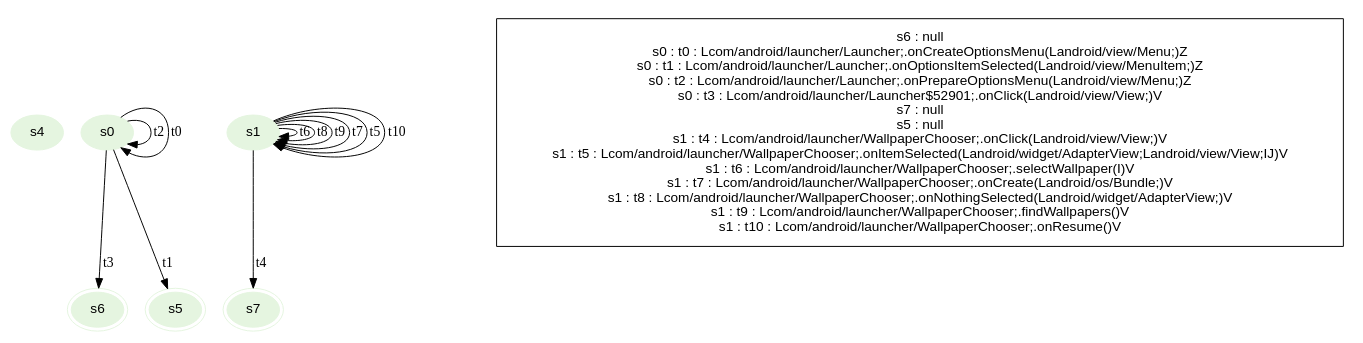
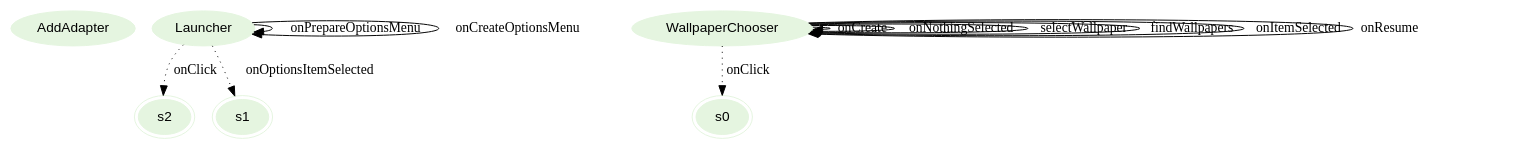
The diagram in graphviz/Launcher.gv (hans89/astparser), drawn with Graphviz before and after one commit. The commit also changed 35 other files, not shown here.

Commit message:
Working on binding events. Added current parse result of LTS in form of graphviz

```diff
--- a/graphviz/Launcher.gv
+++ b/graphviz/Launcher.gv
@@ -1,23 +1,21 @@
 digraph {
 fontname="Helvetica";
 node[style=filled, fontname="Helvetica", colorscheme=greens3, color=1];
-s4;
-s6[peripheries=2];
-s0;
-s7[peripheries=2];
-s5[peripheries=2];
-s1;
-s1 -> s1[label="t6"];
-s1 -> s1[label="t8"];
-s1 -> s7[label="t4"];
-s0 -> s0[label="t2"];
-s0 -> s6[label="t3"];
-s0 -> s0[label="t0"];
-s1 -> s1[label="t9"];
-s1 -> s1[label="t7"];
-s1 -> s1[label="t5"];
-s1 -> s1[label="t10"];
-s0 -> s5[label="t1"];
-subgraph cluster_key {
-ds[shape=plaintext, style=solid,label="s6 : null\ns0 : t0 : Lcom/android/launcher/Launcher;.onCreateOptionsMenu(Landroid/view/Menu;)Z\ns0 : t1 : Lcom/android/launcher/Launcher;.onOptionsItemSelected(Landroid/view/MenuItem;)Z\ns0 : t2 : Lcom/android/launcher/Launcher;.onPrepareOptionsMenu(Landroid/view/Menu;)Z\ns0 : t3 : Lcom/android/launcher/Launcher$52901;.onClick(Landroid/view/View;)V\ns7 : null\ns5 : null\ns1 : t4 : Lcom/android/launcher/WallpaperChooser;.onClick(Landroid/view/View;)V\ns1 : t5 : Lcom/android/launcher/WallpaperChooser;.onItemSelected(Landroid/widget/AdapterView;Landroid/view/View;IJ)V\ns1 : t6 : Lcom/android/launcher/WallpaperChooser;.selectWallpaper(I)V\ns1 : t7 : Lcom/android/launcher/WallpaperChooser;.onCreate(Landroid/os/Bundle;)V\ns1 : t8 : Lcom/android/launcher/WallpaperChooser;.onNothingSelected(Landroid/widget/AdapterView;)V\ns1 : t9 : Lcom/android/launcher/WallpaperChooser;.findWallpapers()V\ns1 : t10 : Lcom/android/launcher/WallpaperChooser;.onResume()V\n"];}
+AddAdapter;
+s2[peripheries=2];
+s0[peripheries=2];
+WallpaperChooser;
+Launcher;
+s1[peripheries=2];
+WallpaperChooser -> WallpaperChooser[label="onCreate"];
+WallpaperChooser -> WallpaperChooser[label="onNothingSelected"];
+WallpaperChooser -> WallpaperChooser[label="selectWallpaper"];
+WallpaperChooser -> WallpaperChooser[label="findWallpapers"];
+Launcher -> Launcher[label="onPrepareOptionsMenu"];
+Launcher -> Launcher[label="onCreateOptionsMenu"];
+Launcher -> s2[label="onClick",style=dotted];
+WallpaperChooser -> s0[label="onClick",style=dotted];
+Launcher -> s1[label="onOptionsItemSelected",style=dotted];
+WallpaperChooser -> WallpaperChooser[label="onItemSelected"];
+WallpaperChooser -> WallpaperChooser[label="onResume"];
 }
```
